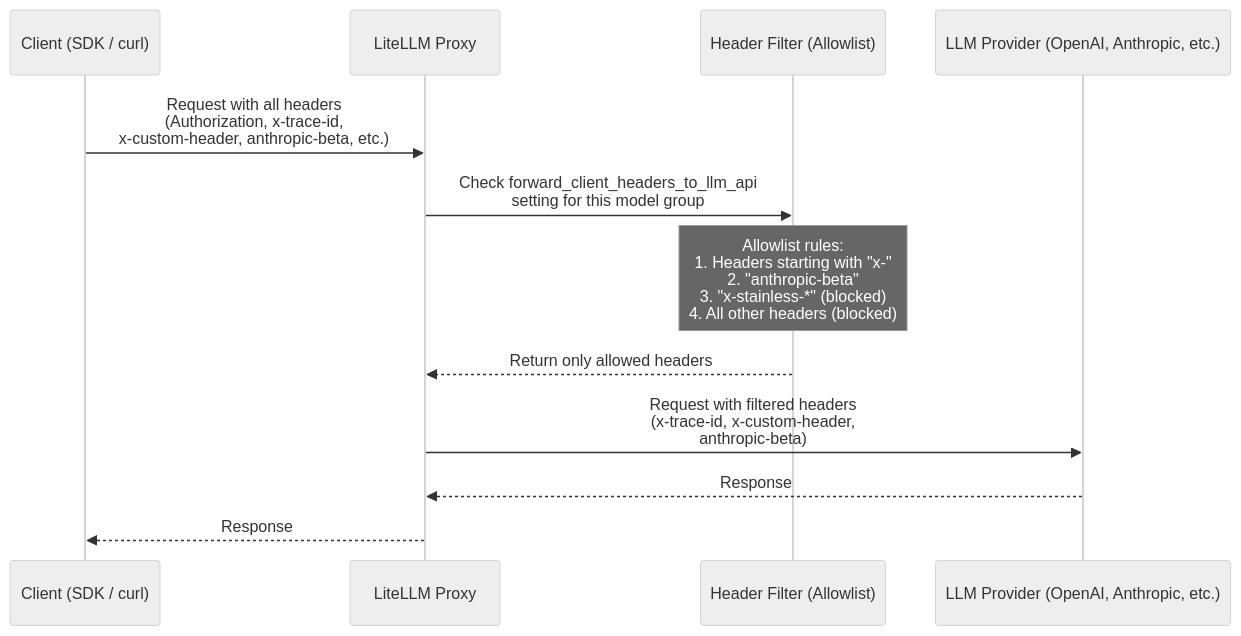
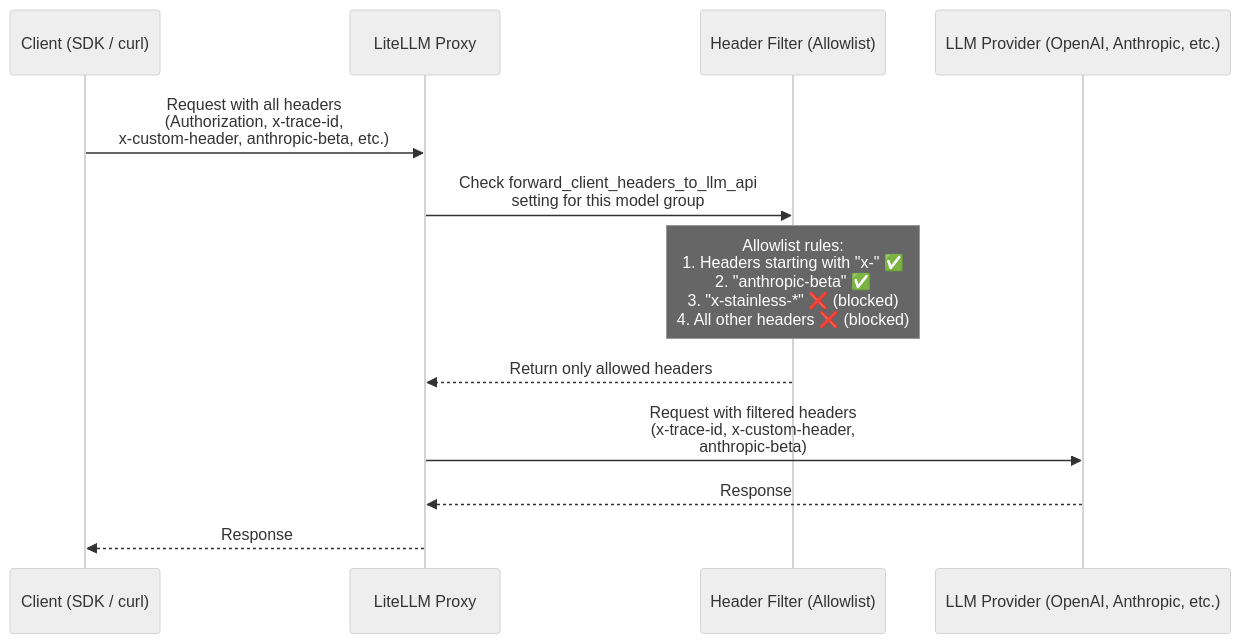
Before and after one commit to BerriAI/litellm: the diagram in docs/my-website/docs/proxy/forward_client_headers.md, drawn with Mermaid (neutral theme).

````diff
--- a/docs/my-website/docs/proxy/forward_client_headers.md
+++ b/docs/my-website/docs/proxy/forward_client_headers.md
@@ -13,20 +13,20 @@
 ```mermaid
 sequenceDiagram
     participant Client as Client (SDK / curl)
     participant Proxy as LiteLLM Proxy
     participant Filter as Header Filter (Allowlist)
     participant LLM as LLM Provider (OpenAI, Anthropic, etc.)
 
     Client->>Proxy: Request with all headers<br/>(Authorization, x-trace-id,<br/>x-custom-header, anthropic-beta, etc.)
     
     Proxy->>Filter: Check forward_client_headers_to_llm_api<br/>setting for this model group
 
-    Note over Filter: Allowlist rules:<br/>1. Headers starting with "x-" <br/>2. "anthropic-beta" <br/>3. "x-stainless-*"  (blocked)<br/>4. All other headers  (blocked)
+    Note over Filter: Allowlist rules:<br/>1. Headers starting with "x-" ✅<br/>2. "anthropic-beta" ✅<br/>3. "x-stainless-*" ❌ (blocked)<br/>4. All other headers ❌ (blocked)
 
     Filter-->>Proxy: Return only allowed headers
 
     Proxy->>LLM: Request with filtered headers<br/>(x-trace-id, x-custom-header,<br/>anthropic-beta)
     
     LLM-->>Proxy: Response
     Proxy-->>Client: Response
 ```
````
